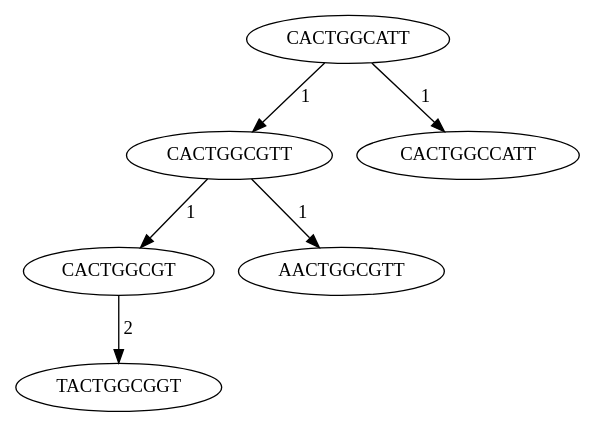
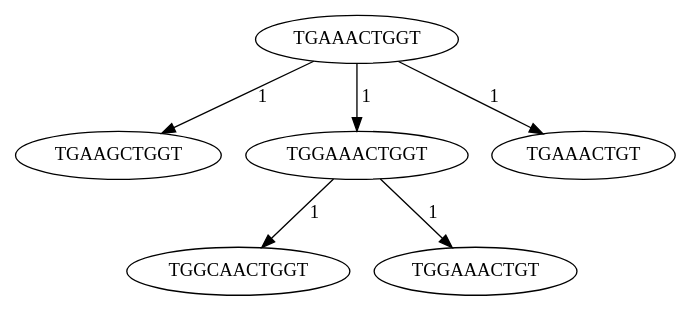
The diagram in arbreMutation.dot (JeanSebastienBach/Stage_Alignement), drawn with Graphviz before and after one commit. The commit also changed 9 other files, not shown here.

```diff
--- a/arbreMutation.dot
+++ b/arbreMutation.dot
@@ -1,12 +1,12 @@
-digraph Mutation { 
-"CACTGGCATT" -> "CACTGGCGTT" [label=" 1"];
-// CACTGGCATT CACTGGCGTT 1
-"CACTGGCATT" -> "CACTGGCCATT" [label=" 1"];
-// CACTGGCATT CACTGGCCATT 1
-"CACTGGCGTT" -> "CACTGGCGT" [label=" 1"];
-// CACTGGCGTT CACTGGCGT 1
-"CACTGGCGT" -> "TACTGGCGGT" [label=" 2"];
-// CACTGGCGT TACTGGCGGT 2
-"CACTGGCGTT" -> "AACTGGCGTT" [label=" 1"];
-// CACTGGCGTT AACTGGCGTT 1
+digraph mutation { 
+"TGAAACTGGT" -> "TGAAGCTGGT" [label=" 1"];
+// TGAAACTGGT TGAAGCTGGT 1
+"TGAAACTGGT" -> "TGGAAACTGGT" [label=" 1"];
+// TGAAACTGGT TGGAAACTGGT 1
+"TGGAAACTGGT" -> "TGGCAACTGGT" [label=" 1"];
+// TGGAAACTGGT TGGCAACTGGT 1
+"TGGAAACTGGT" -> "TGGAAACTGT" [label=" 1"];
+// TGGAAACTGGT TGGAAACTGT 1
+"TGAAACTGGT" -> "TGAAACTGT" [label=" 1"];
+// TGAAACTGGT TGAAACTGT 1
 }
```
